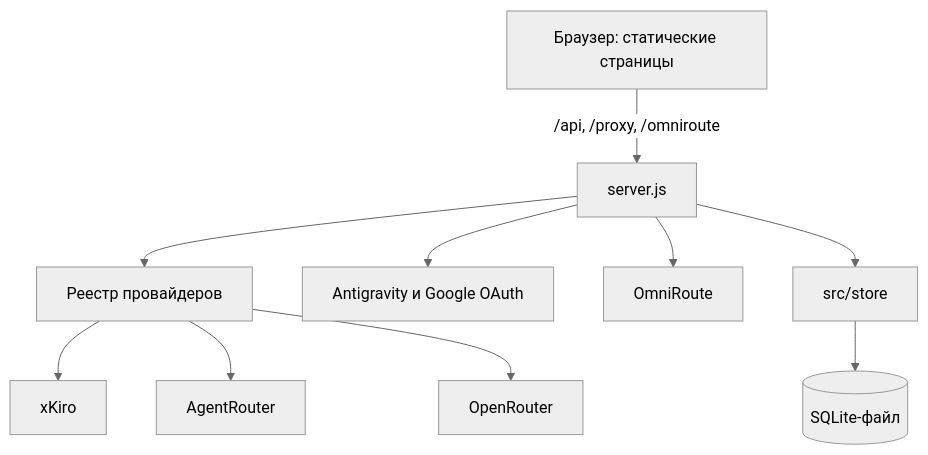
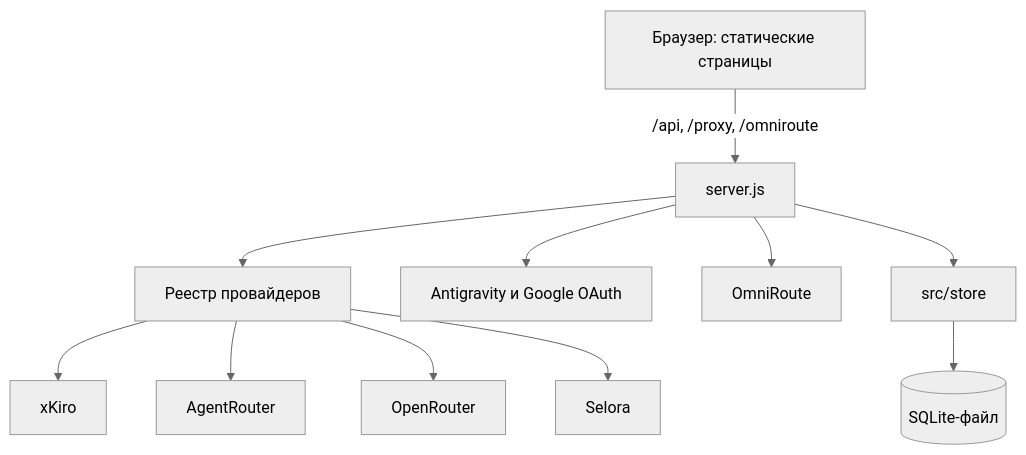
Before and after one commit to ak-flash/ai-panel-omniroute: the diagram in README.md, drawn with Mermaid (neutral theme). The commit also changed other lines of this file and 18 other files, not shown here.

````diff
--- a/README.md
+++ b/README.md
@@ -187,12 +188,13 @@
 ```mermaid
 flowchart TD
     B[Браузер: статические страницы] -->|/api, /proxy, /omniroute| S[server.js]
     S --> R[Реестр провайдеров]
     R --> X[xKiro]
     R --> A[AgentRouter]
     R --> OR[OpenRouter]
+    R --> SEL[Selora]
     S --> G[Antigravity и Google OAuth]
     S --> OM[OmniRoute]
     S --> V[src/store]
     V --> D[(SQLite-файл)]
 ```
````
